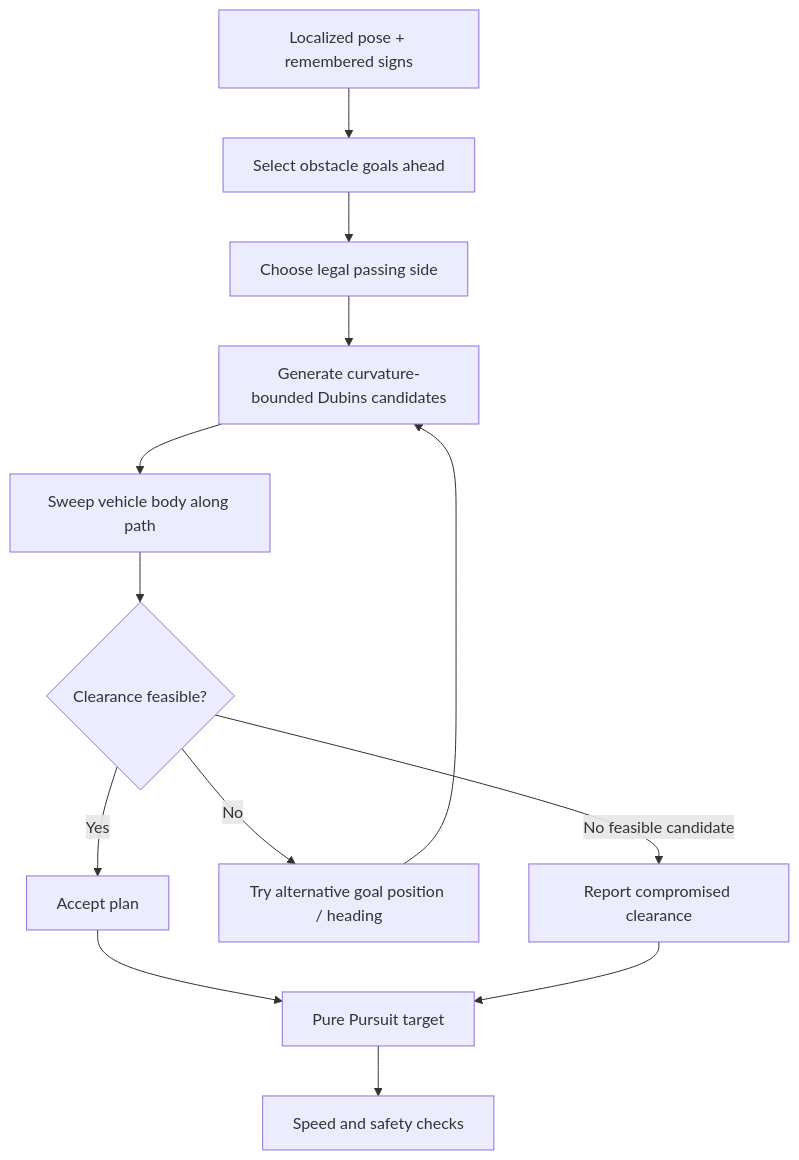
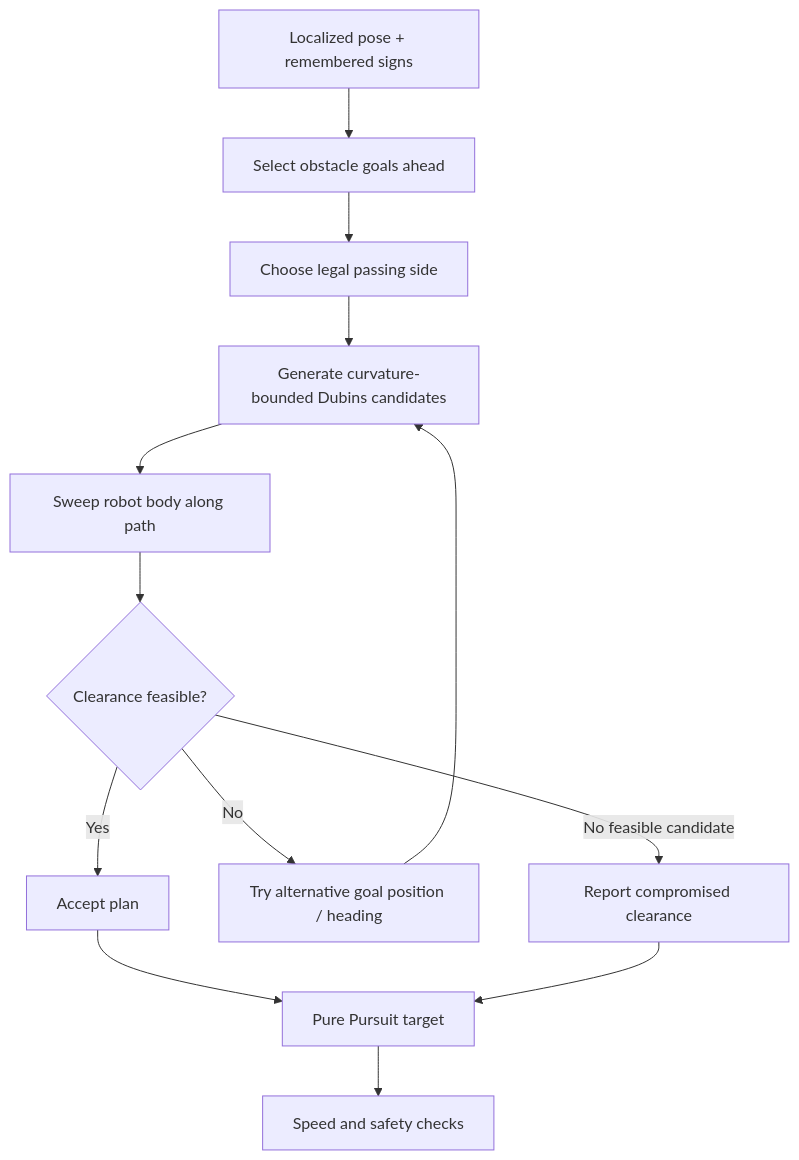
Before and after one commit to chankrrn/WRO-FE-YBR-SUNFLOWER: the fifth of 9 diagrams in engineering_journal/3-software.md, drawn with Mermaid. The commit also changed other lines of this file and 7 other files, not shown here.

````diff
--- a/engineering_journal/3-software.md
+++ b/engineering_journal/3-software.md
@@ -558,15 +558,15 @@
 ```mermaid
 flowchart TD
     A[Localized pose + remembered signs] --> B[Select obstacle goals ahead]
     B --> C[Choose legal passing side]
     C --> D[Generate curvature-bounded Dubins candidates]
-    D --> E[Sweep vehicle body along path]
+    D --> E[Sweep robot body along path]
     E --> F{Clearance feasible?}
     F -->|Yes| G[Accept plan]
     F -->|No| H[Try alternative goal position / heading]
     H --> D
     F -->|No feasible candidate| I[Report compromised clearance]
     G --> J[Pure Pursuit target]
     I --> J
     J --> K[Speed and safety checks]
 ```
````
